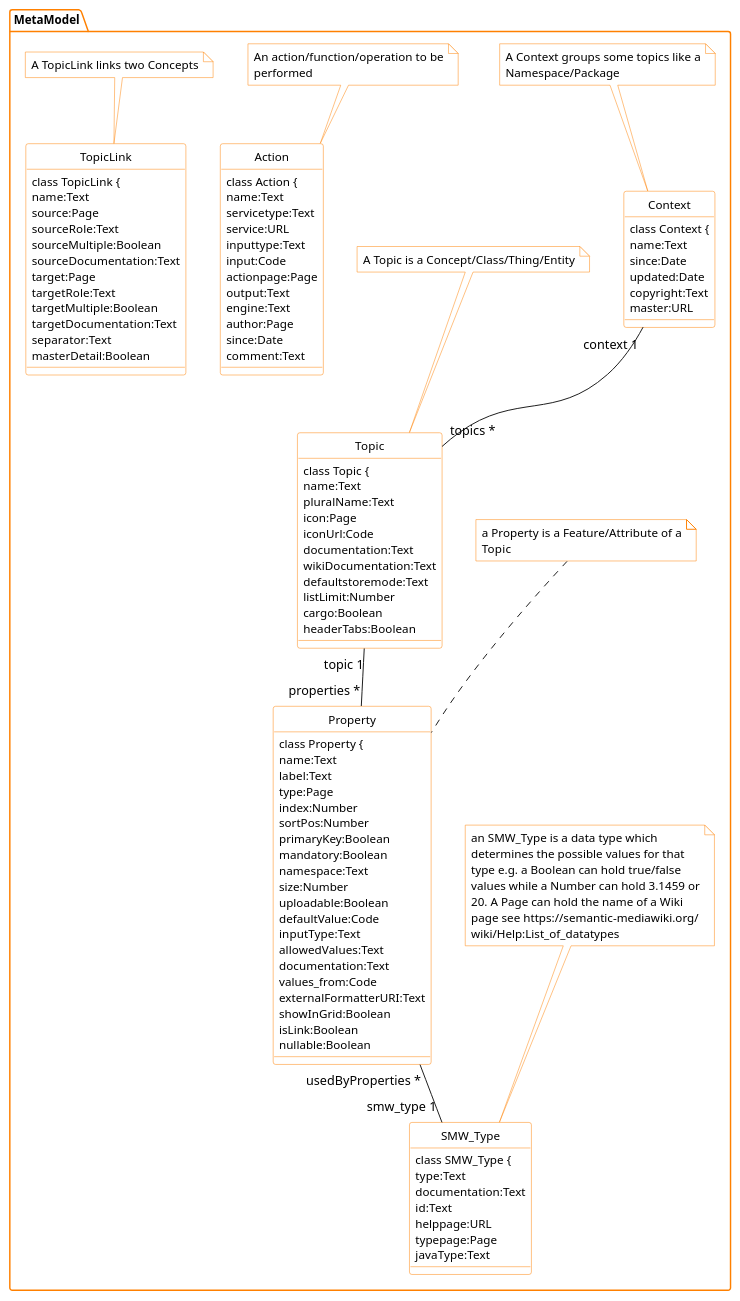
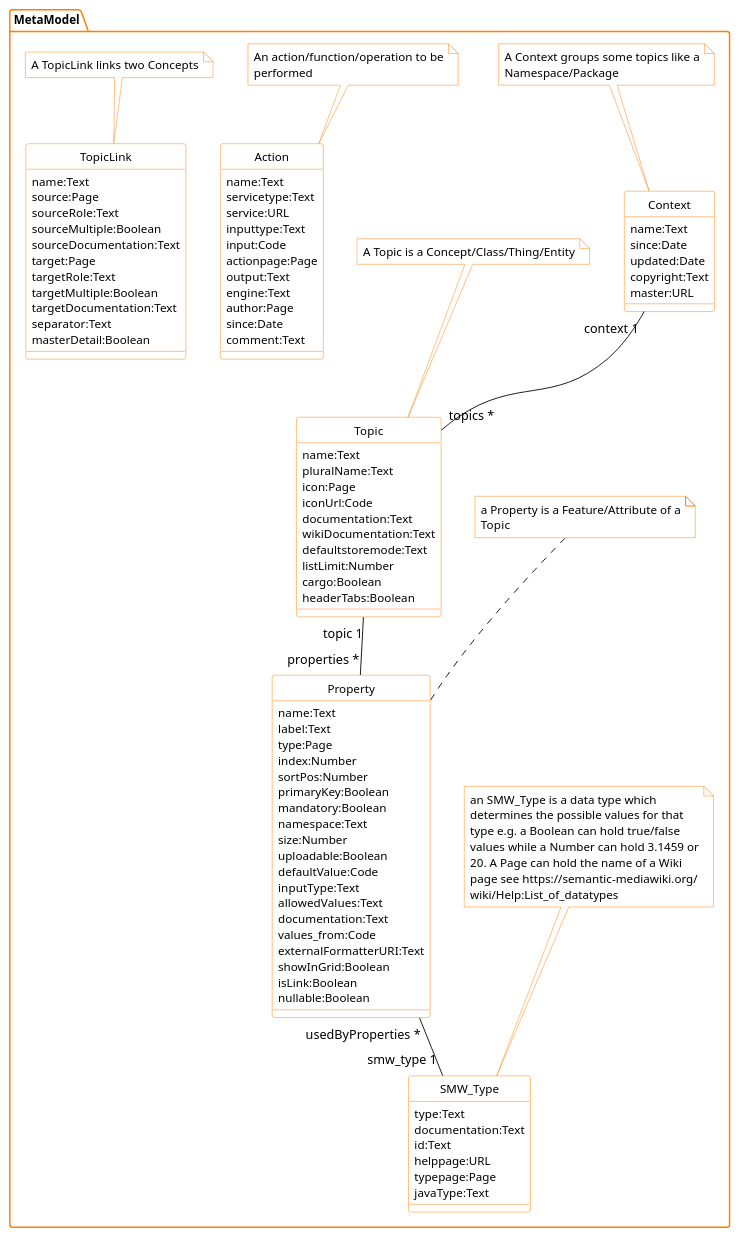
Before and after one commit to WolfgangFahl/pyMetaModel: the diagram in metamodel.puml, drawn with PlantUML.

Commit message:
fixes metamodel

```diff
--- a/metamodel.puml
+++ b/metamodel.puml
@@ -1,194 +1,188 @@
 @startuml
 package MetaModel {
-  class Context {
   class Context {
     name:Text
     since:Date
     updated:Date
     copyright:Text
     master:URL
   }
 Note top of Context
 A Context groups some topics like a
 Namespace/Package
 End note
-  class Property {
   class Property {
     name:Text
     label:Text
     type:Page
     index:Number
     sortPos:Number
     primaryKey:Boolean
     mandatory:Boolean
     namespace:Text
     size:Number
     uploadable:Boolean
     defaultValue:Code
     inputType:Text
     allowedValues:Text
     documentation:Text
     values_from:Code
     externalFormatterURI:Text
     showInGrid:Boolean
     isLink:Boolean
     nullable:Boolean
   }
 Note top of Property
 a Property is a Feature/Attribute of a
 Topic
 End note
   class SMW_Type {
-  class SMW_Type {
     type:Text
     documentation:Text
     id:Text
     helppage:URL
     typepage:Page
     javaType:Text
   }
 Note top of SMW_Type
 an SMW_Type is a data type which
 determines the possible values for that
 type e.g. a Boolean can hold true/false
 values while a Number can hold 3.1459 or
 20. A Page can hold the name of a Wiki
 page see https://semantic-mediawiki.org/
 wiki/Help:List_of_datatypes
 End note
   class Topic {
-  class Topic {
     name:Text
     pluralName:Text
     icon:Page
     iconUrl:Code
     documentation:Text
     wikiDocumentation:Text
     defaultstoremode:Text
     listLimit:Number
     cargo:Boolean
     headerTabs:Boolean
   }
 Note top of Topic
 A Topic is a Concept/Class/Thing/Entity
 End note
-  class Action {
   class Action {
     name:Text
     servicetype:Text
     service:URL
     inputtype:Text
     input:Code
     actionpage:Page
     output:Text
     engine:Text
     author:Page
     since:Date
     comment:Text
   }
 Note top of Action
 An action/function/operation to be
 performed
 End note
-  class TopicLink {
   class TopicLink {
     name:Text
     source:Page
     sourceRole:Text
     sourceMultiple:Boolean
     sourceDocumentation:Text
     target:Page
     targetRole:Text
     targetMultiple:Boolean
     targetDocumentation:Text
     separator:Text
     masterDetail:Boolean
   }
 Note top of TopicLink
 A TopicLink links two Concepts
 End note
 }
 Topic "topic 1" -- "properties *" Property
 Context "context 1" -- "topics *" Topic
 Property "usedByProperties *" -- "smw_type 1" SMW_Type
 
 ' BITPlan Corporate identity skin params
 ' Copyright (c) 2015-2024 BITPlan GmbH
 ' see http://wiki.bitplan.com/PlantUmlSkinParams#BITPlanCI
 ' skinparams generated by com.bitplan.restmodelmanager
 skinparam note {
   BackGroundColor #FFFFFF
   FontSize 12
   ArrowColor #FF8000
   BorderColor #FF8000
   FontColor black
   FontName Technical
 }
 skinparam component {
   BackGroundColor #FFFFFF
   FontSize 12
   ArrowColor #FF8000
   BorderColor #FF8000
   FontColor black
   FontName Technical
 }
 skinparam package {
   BackGroundColor #FFFFFF
   FontSize 12
   ArrowColor #FF8000
   BorderColor #FF8000
   FontColor black
   FontName Technical
 }
 skinparam usecase {
   BackGroundColor #FFFFFF
   FontSize 12
   ArrowColor #FF8000
   BorderColor #FF8000
   FontColor black
   FontName Technical
 }
 skinparam activity {
   BackGroundColor #FFFFFF
   FontSize 12
   ArrowColor #FF8000
   BorderColor #FF8000
   FontColor black
   FontName Technical
 }
 skinparam classAttribute {
   BackGroundColor #FFFFFF
   FontSize 12
   ArrowColor #FF8000
   BorderColor #FF8000
   FontColor black
   FontName Technical
 }
 skinparam interface {
   BackGroundColor #FFFFFF
   FontSize 12
   ArrowColor #FF8000
   BorderColor #FF8000
   FontColor black
   FontName Technical
 }
 skinparam class {
   BackGroundColor #FFFFFF
   FontSize 12
   ArrowColor #FF8000
   BorderColor #FF8000
   FontColor black
   FontName Technical
 }
 skinparam object {
   BackGroundColor #FFFFFF
   FontSize 12
   ArrowColor #FF8000
   BorderColor #FF8000
   FontColor black
   FontName Technical
 }
 hide Circle
 ' end of skinparams '
 
 @enduml
```
